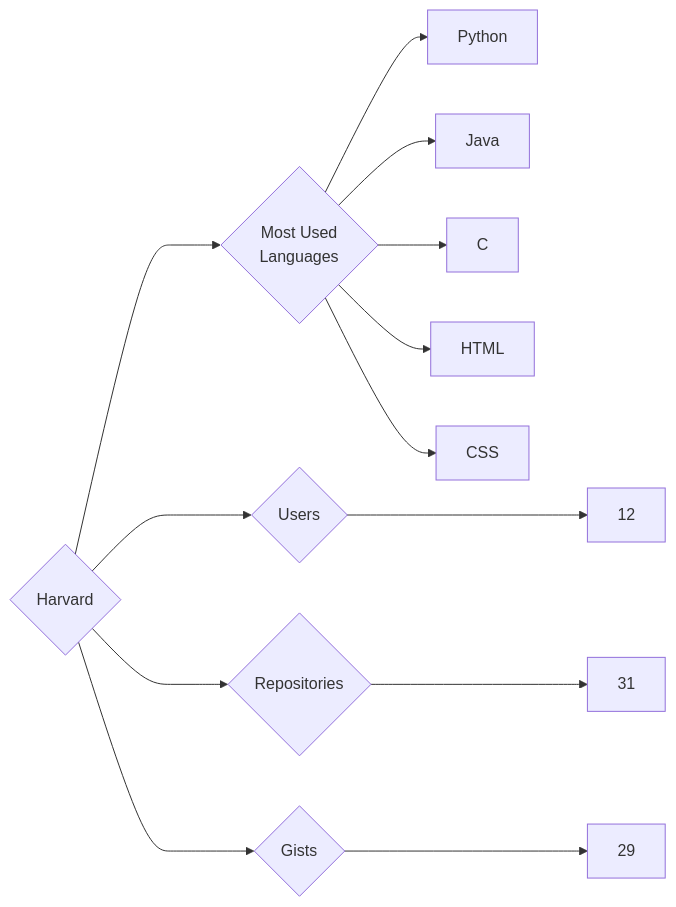
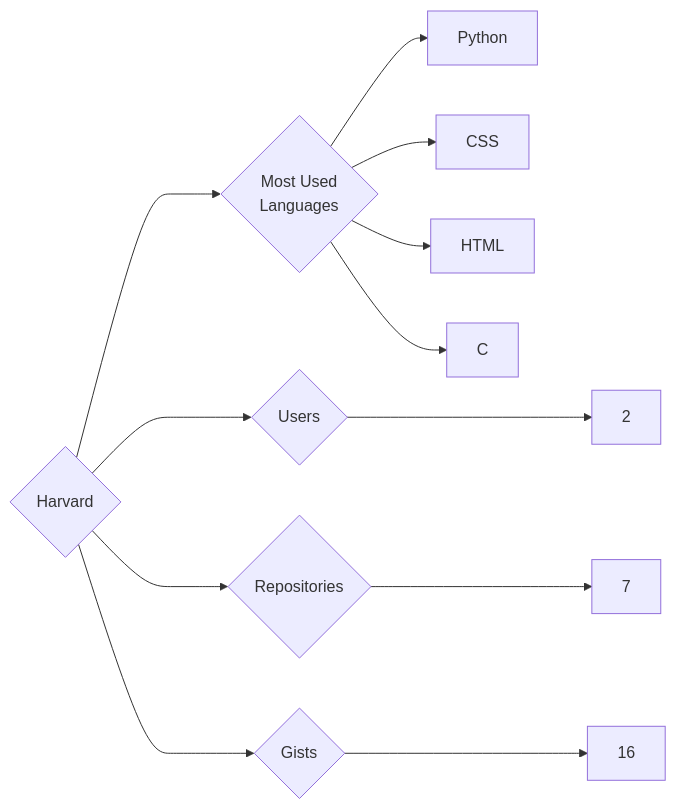
The diagram in targets/Harvard/README.md (trickest/insiders), drawn with Mermaid before and after one commit. The commit also changed 777 other files, not shown here.

````diff
--- a/targets/Harvard/README.md
+++ b/targets/Harvard/README.md
@@ -3,13 +3,12 @@
 ```mermaid
 graph LR
 COMPANY_NAME{Harvard}
-COMPANY_NAME ---> U{Users} ---> UN[12]
-COMPANY_NAME ---> R{Repositories} ---> RN[31]
-COMPANY_NAME ---> G{Gists} ---> GN[29]
+COMPANY_NAME ---> U{Users} ---> UN[2]
+COMPANY_NAME ---> R{Repositories} ---> RN[7]
+COMPANY_NAME ---> G{Gists} ---> GN[16]
 COMPANY_NAME ---> ML{Most Used<br>Languages}
 ML --> Python[Python]
-ML --> Java[Java]
+ML --> CSS[CSS]
+ML --> HTML[HTML]
 ML --> C[C]
-ML --> HTML[HTML]
-ML --> CSS[CSS]
 ```
````
